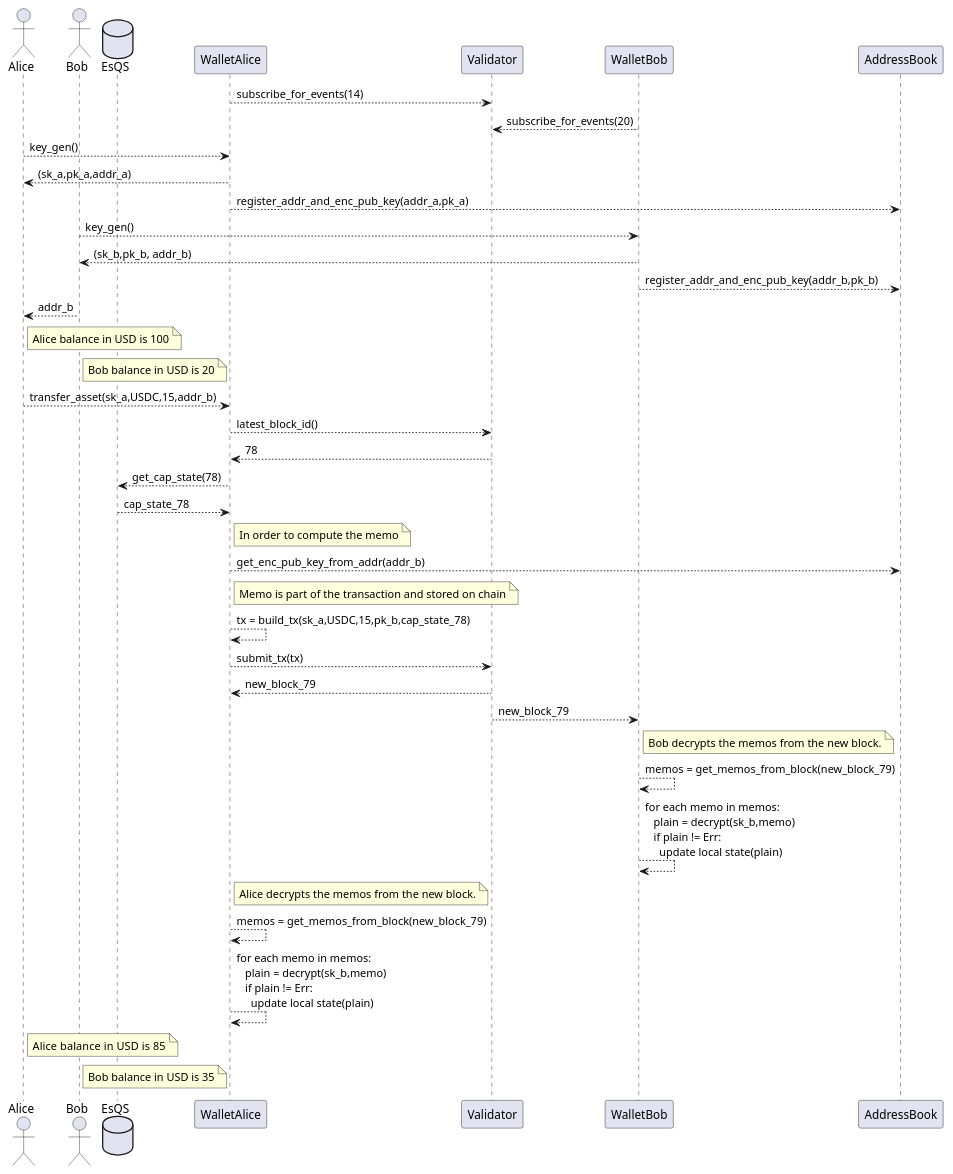
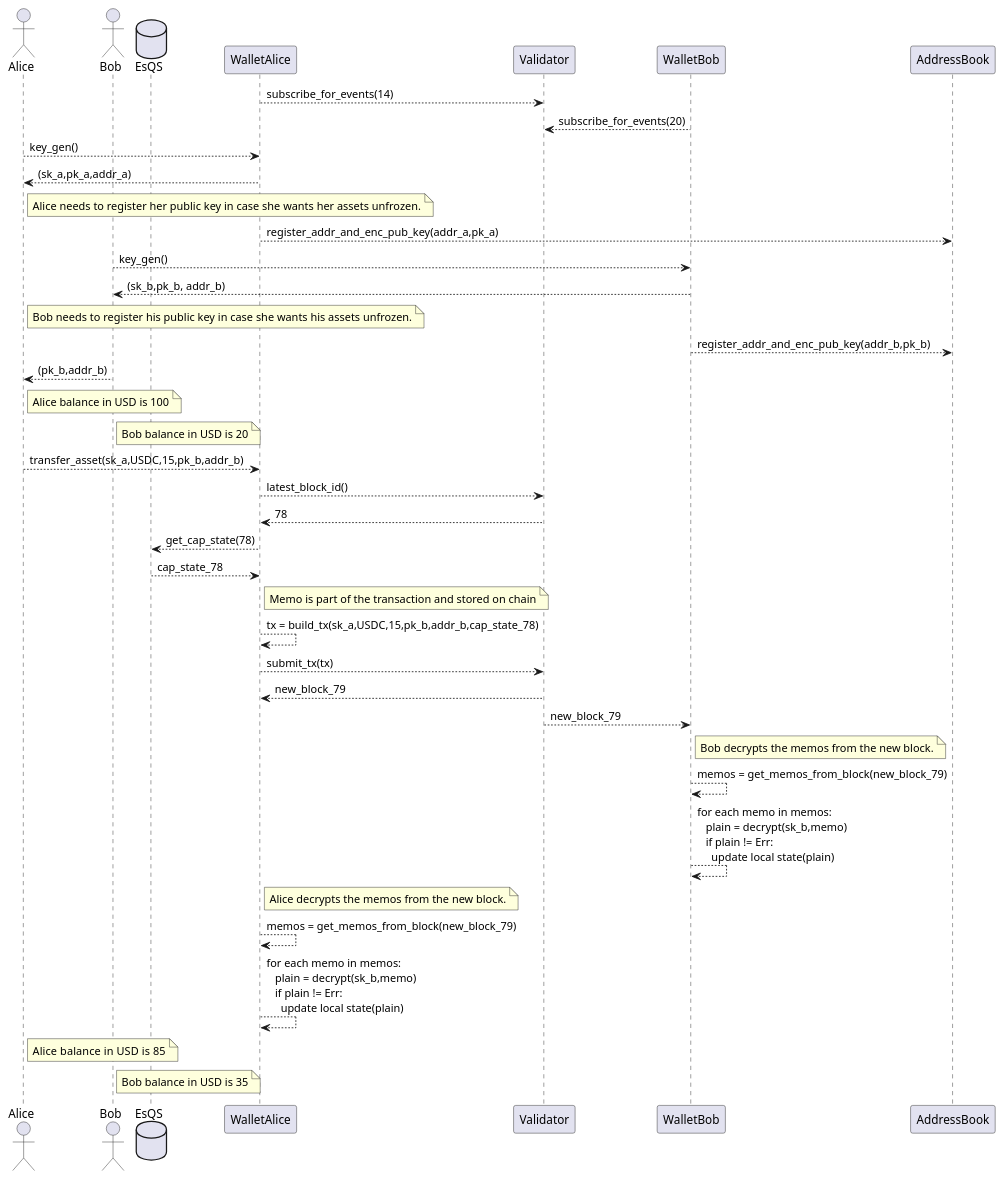
One commit to EspressoSystems/espresso changed the diagram in doc/architecture/simple_transfer_seq_diagram.puml. Above: the diagram before and after it, drawn with PlantUML.

Commit message:
Bob sends pk_b in addition to addr_b to Alice.

```diff
--- a/doc/architecture/simple_transfer_seq_diagram.puml
+++ b/doc/architecture/simple_transfer_seq_diagram.puml
@@ -1,71 +1,74 @@
 @startuml
 Actor Alice
 Actor Bob
 Database EsQS
 
 WalletAlice --> Validator: subscribe_for_events(14)
 WalletBob --> Validator: subscribe_for_events(20)
 
 Alice --> WalletAlice: key_gen()
 WalletAlice --> Alice: (sk_a,pk_a,addr_a)
+
+note right Alice
+Alice needs to register her public key in case she wants her assets unfrozen.
+end note
 WalletAlice --> AddressBook: register_addr_and_enc_pub_key(addr_a,pk_a)
 
 Bob --> WalletBob: key_gen()
 WalletBob --> Bob: (sk_b,pk_b, addr_b)
+
+note right Alice
+Bob needs to register his public key in case she wants his assets unfrozen.
+end note
 WalletBob --> AddressBook: register_addr_and_enc_pub_key(addr_b,pk_b)
 
-Bob --> Alice: addr_b
+Bob --> Alice: (pk_b,addr_b)
 
 note right Alice
 Alice balance in USD is 100
 end note
 
 note right Bob
 Bob balance in USD is 20
 end note
 
-Alice --> WalletAlice: transfer_asset(sk_a,USDC,15,addr_b)
+Alice --> WalletAlice: transfer_asset(sk_a,USDC,15,pk_b,addr_b)
 
 WalletAlice --> Validator: latest_block_id()
 Validator --> WalletAlice: 78
 WalletAlice --> EsQS: get_cap_state(78)
 EsQS --> WalletAlice: cap_state_78
 
 note right WalletAlice
-In order to compute the memo
-end note
-WalletAlice --> AddressBook: get_enc_pub_key_from_addr(addr_b)
-
-note right WalletAlice
 Memo is part of the transaction and stored on chain
 end note
 
-WalletAlice --> WalletAlice: tx = build_tx(sk_a,USDC,15,pk_b,cap_state_78)
+WalletAlice --> WalletAlice: tx = build_tx(sk_a,USDC,15,pk_b,addr_b,cap_state_78)
 
 WalletAlice --> Validator: submit_tx(tx)
 
 Validator --> WalletAlice:new_block_79
 Validator --> WalletBob:new_block_79
 
 note right WalletBob
 Bob decrypts the memos from the new block.
 end note
 WalletBob --> WalletBob: memos = get_memos_from_block(new_block_79)
 WalletBob --> WalletBob: for each memo in memos: \n   plain = decrypt(sk_b,memo) \n   if plain != Err: \n     update local state(plain)
 
 note right WalletAlice
 Alice decrypts the memos from the new block.
 end note
 WalletAlice --> WalletAlice: memos = get_memos_from_block(new_block_79)
 WalletAlice --> WalletAlice: for each memo in memos: \n   plain = decrypt(sk_b,memo) \n   if plain != Err: \n     update local state(plain)
 
 note right Alice
 Alice balance in USD is  85
 end note
 
 note right Bob
 Bob balance in USD is 35
 end note
 
 
 @enduml
```
